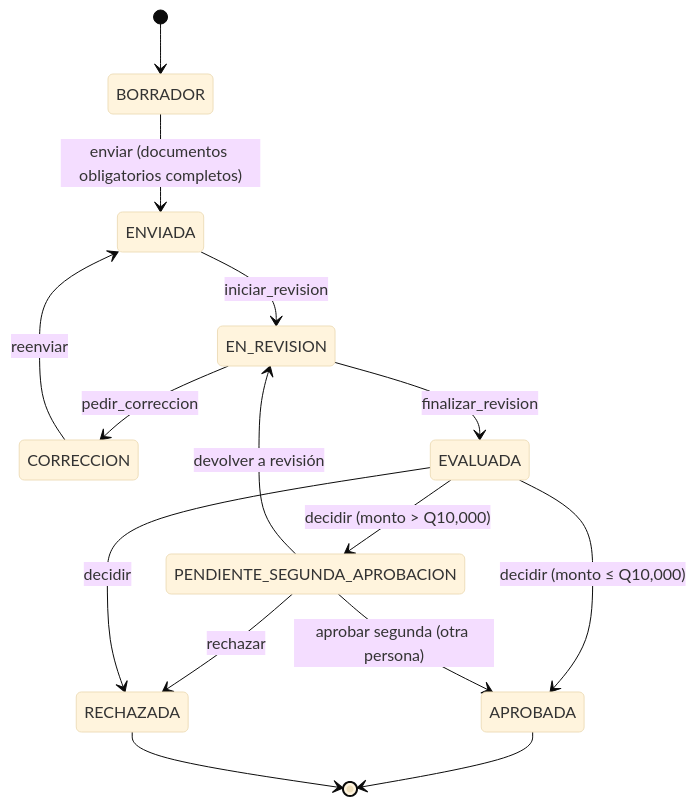
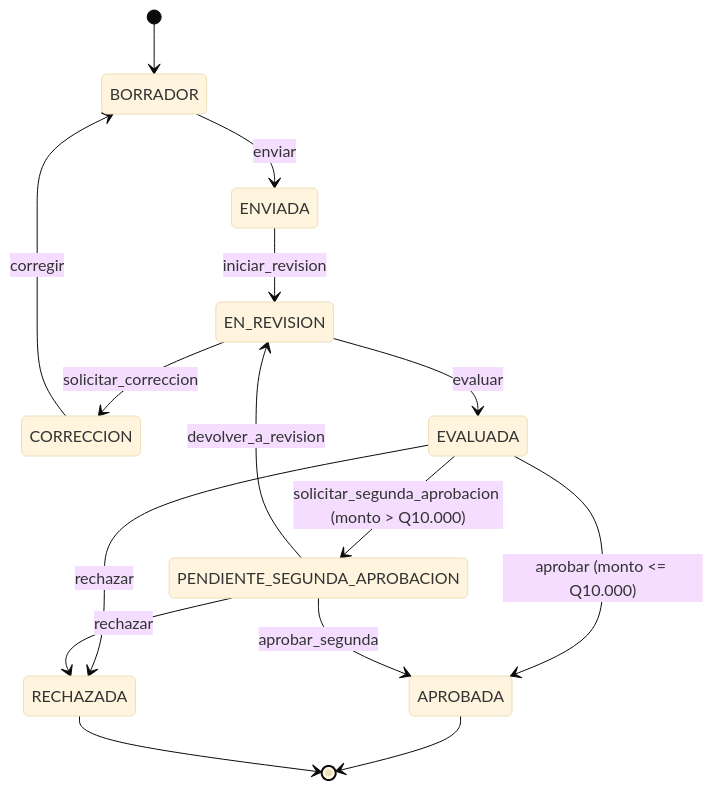
The fourth of 19 diagrams in docs/architecture/diagrams.md (Deividcodv/proyecto-analisis-Eduviagt), drawn with Mermaid (base theme) before and after one commit. The commit also changed other lines of this file and 39 other files, not shown here.

````diff
--- a/docs/architecture/diagrams.md
+++ b/docs/architecture/diagrams.md
@@ -92,17 +105,17 @@
 ```mermaid
 stateDiagram-v2
-    [*] --> BORRADOR
-    BORRADOR --> ENVIADA: enviar (documentos obligatorios completos)
-    ENVIADA --> EN_REVISION: iniciar_revision
-    EN_REVISION --> CORRECCION: pedir_correccion
-    CORRECCION --> ENVIADA: reenviar
-    EN_REVISION --> EVALUADA: finalizar_revision
-    EVALUADA --> APROBADA: decidir (monto ≤ Q10,000)
-    EVALUADA --> PENDIENTE_SEGUNDA_APROBACION: decidir (monto > Q10,000)
-    PENDIENTE_SEGUNDA_APROBACION --> APROBADA: aprobar segunda (otra persona)
-    PENDIENTE_SEGUNDA_APROBACION --> RECHAZADA: rechazar
-    PENDIENTE_SEGUNDA_APROBACION --> EN_REVISION: devolver a revisión
-    EVALUADA --> RECHAZADA: decidir
-    APROBADA --> [*]
-    RECHAZADA --> [*]
+  [*] --> BORRADOR
+  BORRADOR --> ENVIADA: enviar
+  ENVIADA --> EN_REVISION: iniciar_revision
+  EN_REVISION --> CORRECCION: solicitar_correccion
+  EN_REVISION --> EVALUADA: evaluar
+  CORRECCION --> BORRADOR: corregir
+  EVALUADA --> APROBADA: aprobar (monto <= Q10.000)
+  EVALUADA --> PENDIENTE_SEGUNDA_APROBACION: solicitar_segunda_aprobacion (monto > Q10.000)
+  EVALUADA --> RECHAZADA: rechazar
+  PENDIENTE_SEGUNDA_APROBACION --> APROBADA: aprobar_segunda
+  PENDIENTE_SEGUNDA_APROBACION --> RECHAZADA: rechazar
+  PENDIENTE_SEGUNDA_APROBACION --> EN_REVISION: devolver_a_revision
+  APROBADA --> [*]
+  RECHAZADA --> [*]
 ```
````
